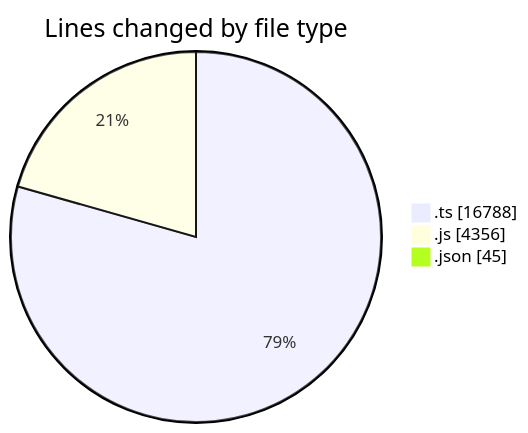
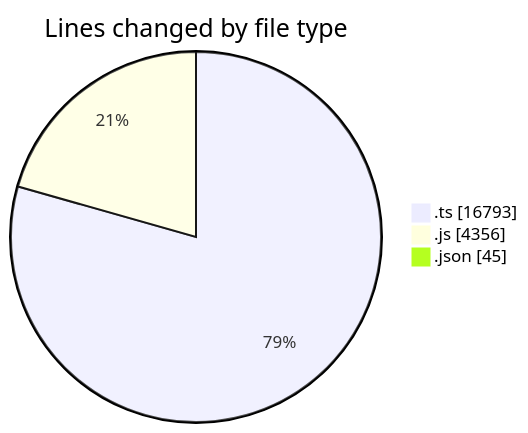
Before and after one commit to momahboobian/code-tracking: the first of 2 diagrams in 2025-07-29/cda/README.md, drawn with Mermaid. The commit also changed other lines of this file and 1 other file, not shown here.

````diff
--- a/2025-07-29/cda/README.md
+++ b/2025-07-29/cda/README.md
@@ -30,7 +30,7 @@
 ```mermaid
 pie showData
 title Lines changed by file type
-".ts" : 16788
+".ts" : 16793
 ".js" : 4356
 ".json" : 45
 ```
````
